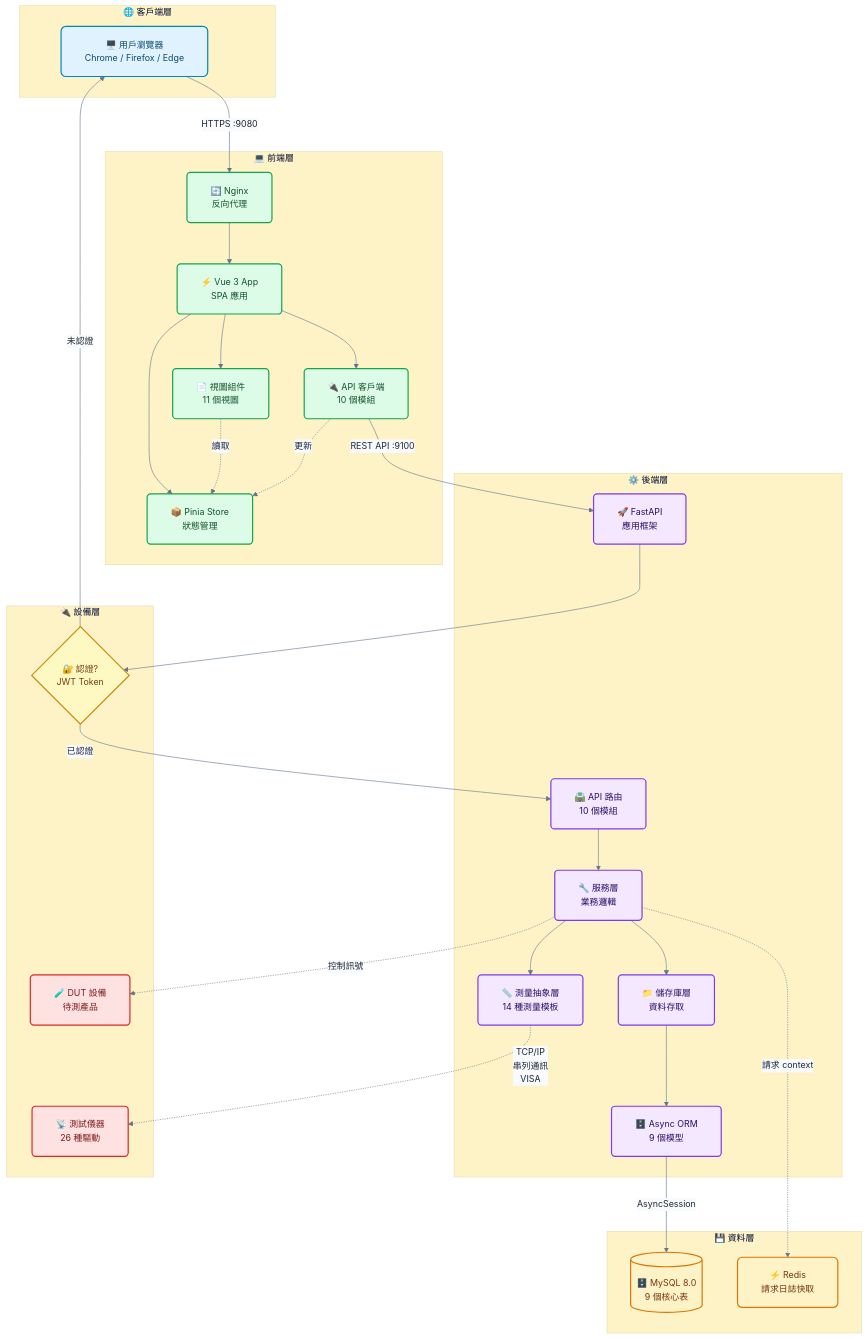
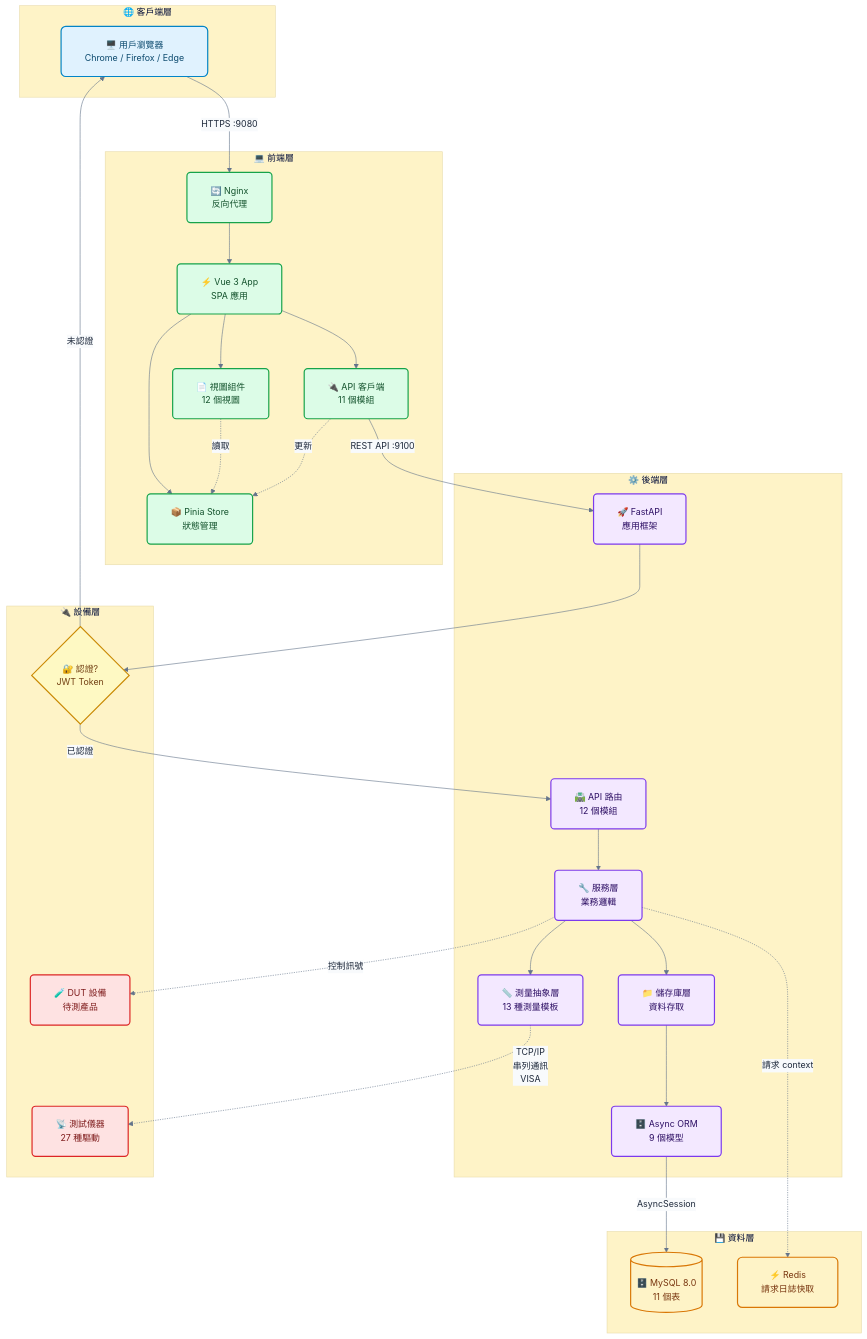
The diagram in README.md (sprigga/WebPDTool), drawn with Mermaid before and after one commit. The commit also changed other lines of this file and 19 other files, not shown here.

````diff
--- a/README.md
+++ b/README.md
@@ -116,73 +119,73 @@
 ```mermaid
 %%{init: {"theme":"base","themeVariables":{"fontFamily":"Segoe UI, Microsoft YaHei, PingFang TC, Arial, sans-serif","fontSize":"15px","primaryTextColor":"#1e293b","lineColor":"#64748b","edgeLabelBackground":"#f8fafc","primaryColor":"#eff6ff","secondaryColor":"#f0fdf4","tertiaryColor":"#fef3c7","background":"#ffffff"},"flowchart":{"useMaxWidth":true,"nodeSpacing":60,"rankSpacing":70,"curve":"basis","padding":20}}}%%
 flowchart TB
     subgraph Client_Layer["🌐 客戶端層"]
         Client["🖥️ 用戶瀏覽器<br/>Chrome / Firefox / Edge"]
     end
 
     subgraph Frontend_Layer["💻 前端層"]
         FE_Nginx["🔄 Nginx<br/>反向代理"]
         FE_App["⚡ Vue 3 App<br/>SPA 應用"]
-        FE_View["📄 視圖組件<br/>11 個視圖"]
-        FE_API["🔌 API 客戶端<br/>10 個模組"]
+        FE_View["📄 視圖組件<br/>12 個視圖"]
+        FE_API["🔌 API 客戶端<br/>11 個模組"]
         FE_Store["📦 Pinia Store<br/>狀態管理"]
     end
 
     subgraph Backend_Layer["⚙️ 後端層"]
         BE_Fast["🚀 FastAPI<br/>應用框架"]
-        BE_API["🛣️ API 路由<br/>10 個模組"]
+        BE_API["🛣️ API 路由<br/>12 個模組"]
         BE_SVC["🔧 服務層<br/>業務邏輯"]
-        BE_MEAS["📏 測量抽象層<br/>14 種測量模板"]
+        BE_MEAS["📏 測量抽象層<br/>13 種測量模板"]
         BE_REPO["📁 儲存庫層<br/>資料存取"]
         BE_MODEL["🗄️ Async ORM<br/>9 個模型"]
     end
 
     subgraph Data_Layer["💾 資料層"]
-        DB[("🗄️ MySQL 8.0<br/>9 個核心表")]
+        DB[("🗄️ MySQL 8.0<br/>11 個表")]
         Cache["⚡ Redis<br/>請求日誌快取"]
     end
 
     subgraph Device_Layer["🔌 設備層"]
         Auth_Decision{"🔐 認證?<br/>JWT Token"}
-        EXT["📡 測試儀器<br/>26 種驅動"]
+        EXT["📡 測試儀器<br/>27 種驅動"]
         DUT["🧪 DUT 設備<br/>待測產品"]
     end
 
     Client -->|HTTPS :9080| FE_Nginx
     FE_Nginx --> FE_App
     FE_App --> FE_View
     FE_App --> FE_API
     FE_App --> FE_Store
     FE_View -.->|讀取| FE_Store
     FE_API -.->|更新| FE_Store
 
     FE_API -->|REST API :9100| BE_Fast
     BE_Fast --> Auth_Decision
     Auth_Decision -->|已認證| BE_API
     Auth_Decision -->|未認證| Client
 
     BE_API --> BE_SVC
     BE_SVC --> BE_MEAS
     BE_SVC --> BE_REPO
     BE_REPO --> BE_MODEL
 
     BE_MODEL -->|AsyncSession| DB
     BE_SVC -.->|請求 context| Cache
 
     BE_MEAS -.->|TCP/IP<br/>串列通訊<br/>VISA| EXT
     BE_SVC -.->|控制訊號| DUT
 
     classDef clientStyle fill:#e0f2fe,stroke:#0284c7,stroke-width:2px,color:#0c4a6e,rx:8,ry:8;
     classDef frontendStyle fill:#dcfce7,stroke:#16a34a,stroke-width:2px,color:#14532d,rx:6,ry:6;
     classDef backendStyle fill:#f3e8ff,stroke:#7c3aed,stroke-width:2px,color:#2e1065,rx:6,ry:6;
     classDef dataStyle fill:#fef3c7,stroke:#d97706,stroke-width:2px,color:#78350f,rx:8,ry:8;
     classDef deviceStyle fill:#fee2e2,stroke:#dc2626,stroke-width:2px,color:#7f1d1d,rx:6,ry:6;
     classDef decisionStyle fill:#fef9c3,stroke:#ca8a04,stroke-width:2px,color:#713f12,rx:0,ry:0;
 
     class Client clientStyle;
     class FE_Nginx,FE_App,FE_View,FE_API,FE_Store frontendStyle;
     class BE_Fast,BE_API,BE_SVC,BE_MEAS,BE_REPO,BE_MODEL backendStyle;
     class DB,Cache dataStyle;
     class EXT,DUT deviceStyle;
     class Auth_Decision decisionStyle;
 ```
````
